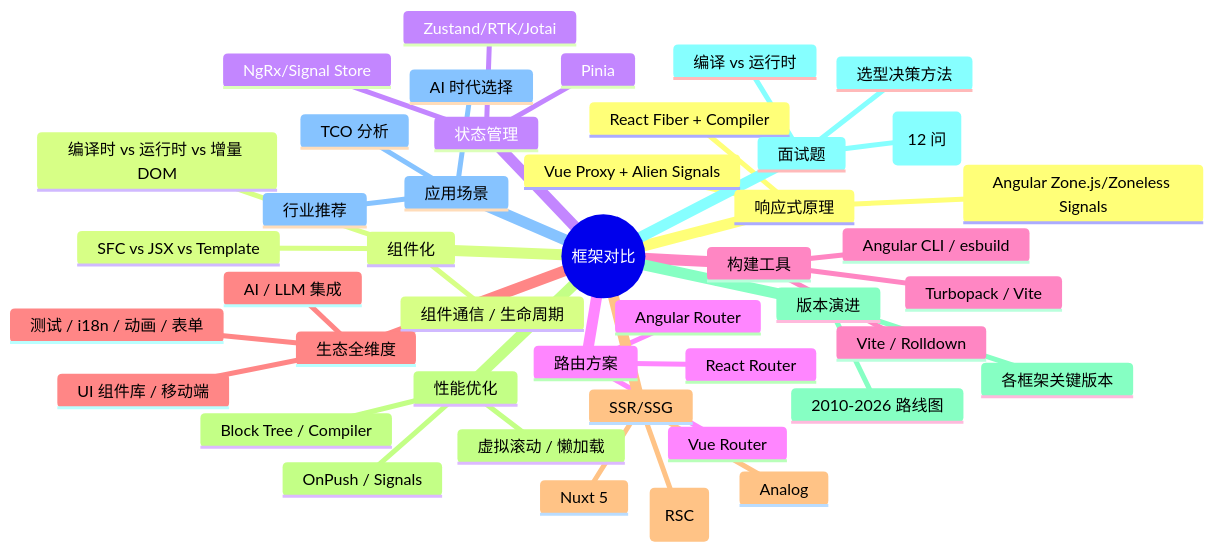
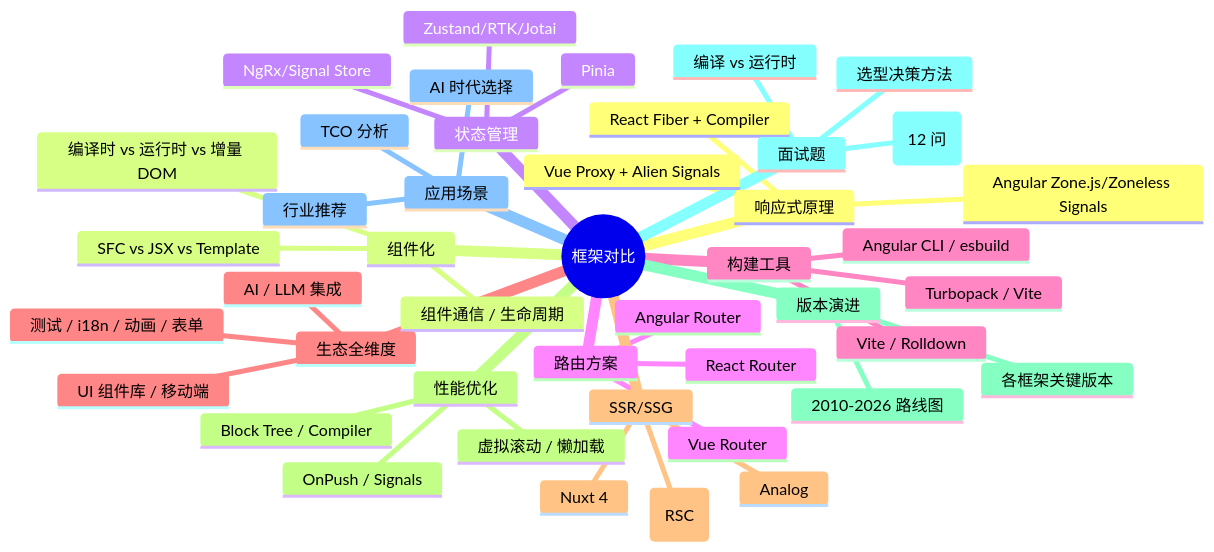
The first of 8 diagrams in docs/S2-框架深入/04-框架对比.md (KMaybe01/interview-demo), drawn with Mermaid before and after one commit. The commit also changed other lines of this file and 8 other files, not shown here.

````diff
--- a/docs/S2-框架深入/04-框架对比.md
+++ b/docs/S2-框架深入/04-框架对比.md
@@ -13,47 +13,47 @@
 ```mermaid
 mindmap
   root((框架对比))
     响应式原理
       Vue Proxy + Alien Signals
       React Fiber + Compiler
       Angular Zone.js/Zoneless Signals
     组件化
       SFC vs JSX vs Template
       编译时 vs 运行时 vs 增量 DOM
       组件通信 / 生命周期
     状态管理
       Pinia
       Zustand/RTK/Jotai
       NgRx/Signal Store
     路由方案
       Vue Router
       React Router
       Angular Router
     构建工具
       Vite / Rolldown
       Turbopack / Vite
       Angular CLI / esbuild
     生态全维度
       UI 组件库 / 移动端
       测试 / i18n / 动画 / 表单
       AI / LLM 集成
     SSR/SSG
-      Nuxt 5
+      Nuxt 4
       Next.js 16 (RSC)
       Analog
     性能优化
       虚拟滚动 / 懒加载
       OnPush / Signals
       Block Tree / Compiler
     版本演进
       2010-2026 路线图
       各框架关键版本
     面试题
       响应式差异 (12 问)
       编译 vs 运行时
       选型决策方法
     应用场景
       行业推荐
       TCO 分析
       AI 时代选择
 ```
````
